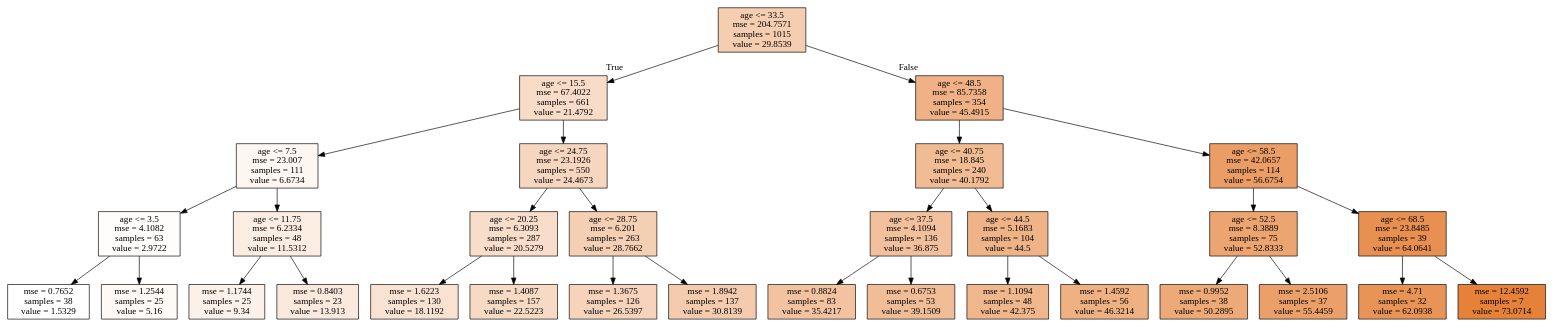
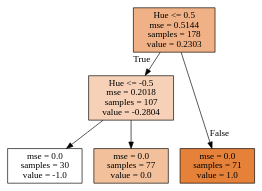
The diagram in hw5/tree4.dot (abbyschantz/cs35), drawn with Graphviz before and after one commit. The commit also changed 6 other files, not shown here.

```diff
--- a/hw5/tree4.dot
+++ b/hw5/tree4.dot
@@ -1,70 +1,16 @@
 digraph Tree {
 node [shape=box, style="filled", color="black"] ;
 graph [ranksep=equally, splines=polyline] ;
-0 [label="age <= 33.5\nmse = 204.7571\nsamples = 1015\nvalue = 29.8539", fillcolor="#e5813965"] ;
-1 [label="age <= 15.5\nmse = 67.4022\nsamples = 661\nvalue = 21.4792", fillcolor="#e5813947"] ;
+0 [label="Hue <= 0.5\nmse = 0.5144\nsamples = 178\nvalue = 0.2303", fillcolor="#e581399d"] ;
+1 [label="Hue <= -0.5\nmse = 0.2018\nsamples = 107\nvalue = -0.2804", fillcolor="#e581395c"] ;
 0 -> 1 [labeldistance=2.5, labelangle=45, headlabel="True"] ;
-2 [label="age <= 7.5\nmse = 23.007\nsamples = 111\nvalue = 6.6734", fillcolor="#e5813912"] ;
+2 [label="mse = 0.0\nsamples = 30\nvalue = -1.0", fillcolor="#e5813900"] ;
 1 -> 2 ;
-3 [label="age <= 3.5\nmse = 4.1082\nsamples = 63\nvalue = 2.9722", fillcolor="#e5813905"] ;
-2 -> 3 ;
-4 [label="mse = 0.7652\nsamples = 38\nvalue = 1.5329", fillcolor="#e5813900"] ;
-3 -> 4 ;
-5 [label="mse = 1.2544\nsamples = 25\nvalue = 5.16", fillcolor="#e581390d"] ;
-3 -> 5 ;
-6 [label="age <= 11.75\nmse = 6.2334\nsamples = 48\nvalue = 11.5312", fillcolor="#e5813924"] ;
-2 -> 6 ;
-7 [label="mse = 1.1744\nsamples = 25\nvalue = 9.34", fillcolor="#e581391c"] ;
-6 -> 7 ;
-8 [label="mse = 0.8403\nsamples = 23\nvalue = 13.913", fillcolor="#e581392c"] ;
-6 -> 8 ;
-9 [label="age <= 24.75\nmse = 23.1926\nsamples = 550\nvalue = 24.4673", fillcolor="#e5813952"] ;
-1 -> 9 ;
-10 [label="age <= 20.25\nmse = 6.3093\nsamples = 287\nvalue = 20.5279", fillcolor="#e5813944"] ;
-9 -> 10 ;
-11 [label="mse = 1.6223\nsamples = 130\nvalue = 18.1192", fillcolor="#e581393b"] ;
-10 -> 11 ;
-12 [label="mse = 1.4087\nsamples = 157\nvalue = 22.5223", fillcolor="#e581394b"] ;
-10 -> 12 ;
-13 [label="age <= 28.75\nmse = 6.201\nsamples = 263\nvalue = 28.7662", fillcolor="#e5813961"] ;
-9 -> 13 ;
-14 [label="mse = 1.3675\nsamples = 126\nvalue = 26.5397", fillcolor="#e5813959"] ;
-13 -> 14 ;
-15 [label="mse = 1.8942\nsamples = 137\nvalue = 30.8139", fillcolor="#e5813968"] ;
-13 -> 15 ;
-16 [label="age <= 48.5\nmse = 85.7358\nsamples = 354\nvalue = 45.4915", fillcolor="#e581399d"] ;
-0 -> 16 [labeldistance=2.5, labelangle=-45, headlabel="False"] ;
-17 [label="age <= 40.75\nmse = 18.845\nsamples = 240\nvalue = 40.1792", fillcolor="#e581398a"] ;
-16 -> 17 ;
-18 [label="age <= 37.5\nmse = 4.1094\nsamples = 136\nvalue = 36.875", fillcolor="#e581397e"] ;
-17 -> 18 ;
-19 [label="mse = 0.8824\nsamples = 83\nvalue = 35.4217", fillcolor="#e5813979"] ;
-18 -> 19 ;
-20 [label="mse = 0.6753\nsamples = 53\nvalue = 39.1509", fillcolor="#e5813986"] ;
-18 -> 20 ;
-21 [label="age <= 44.5\nmse = 5.1683\nsamples = 104\nvalue = 44.5", fillcolor="#e5813999"] ;
-17 -> 21 ;
-22 [label="mse = 1.1094\nsamples = 48\nvalue = 42.375", fillcolor="#e5813992"] ;
-21 -> 22 ;
-23 [label="mse = 1.4592\nsamples = 56\nvalue = 46.3214", fillcolor="#e58139a0"] ;
-21 -> 23 ;
-24 [label="age <= 58.5\nmse = 42.0657\nsamples = 114\nvalue = 56.6754", fillcolor="#e58139c5"] ;
-16 -> 24 ;
-25 [label="age <= 52.5\nmse = 8.3889\nsamples = 75\nvalue = 52.8333", fillcolor="#e58139b7"] ;
-24 -> 25 ;
-26 [label="mse = 0.9952\nsamples = 38\nvalue = 50.2895", fillcolor="#e58139ae"] ;
-25 -> 26 ;
-27 [label="mse = 2.5106\nsamples = 37\nvalue = 55.4459", fillcolor="#e58139c0"] ;
-25 -> 27 ;
-28 [label="age <= 68.5\nmse = 23.8485\nsamples = 39\nvalue = 64.0641", fillcolor="#e58139df"] ;
-24 -> 28 ;
-29 [label="mse = 4.71\nsamples = 32\nvalue = 62.0938", fillcolor="#e58139d8"] ;
-28 -> 29 ;
-30 [label="mse = 12.4592\nsamples = 7\nvalue = 73.0714", fillcolor="#e58139ff"] ;
-28 -> 30 ;
+3 [label="mse = 0.0\nsamples = 77\nvalue = 0.0", fillcolor="#e5813980"] ;
+1 -> 3 ;
+4 [label="mse = 0.0\nsamples = 71\nvalue = 1.0", fillcolor="#e58139ff"] ;
+0 -> 4 [labeldistance=2.5, labelangle=-45, headlabel="False"] ;
 {rank=same ; 0} ;
-{rank=same ; 1; 16} ;
-{rank=same ; 2; 9; 17; 24} ;
-{rank=same ; 3; 6; 10; 13; 18; 21; 25; 28} ;
-{rank=same ; 4; 5; 7; 8; 11; 12; 14; 15; 19; 20; 22; 23; 26; 27; 29; 30} ;
+{rank=same ; 1} ;
+{rank=same ; 2; 3; 4} ;
 }
```
